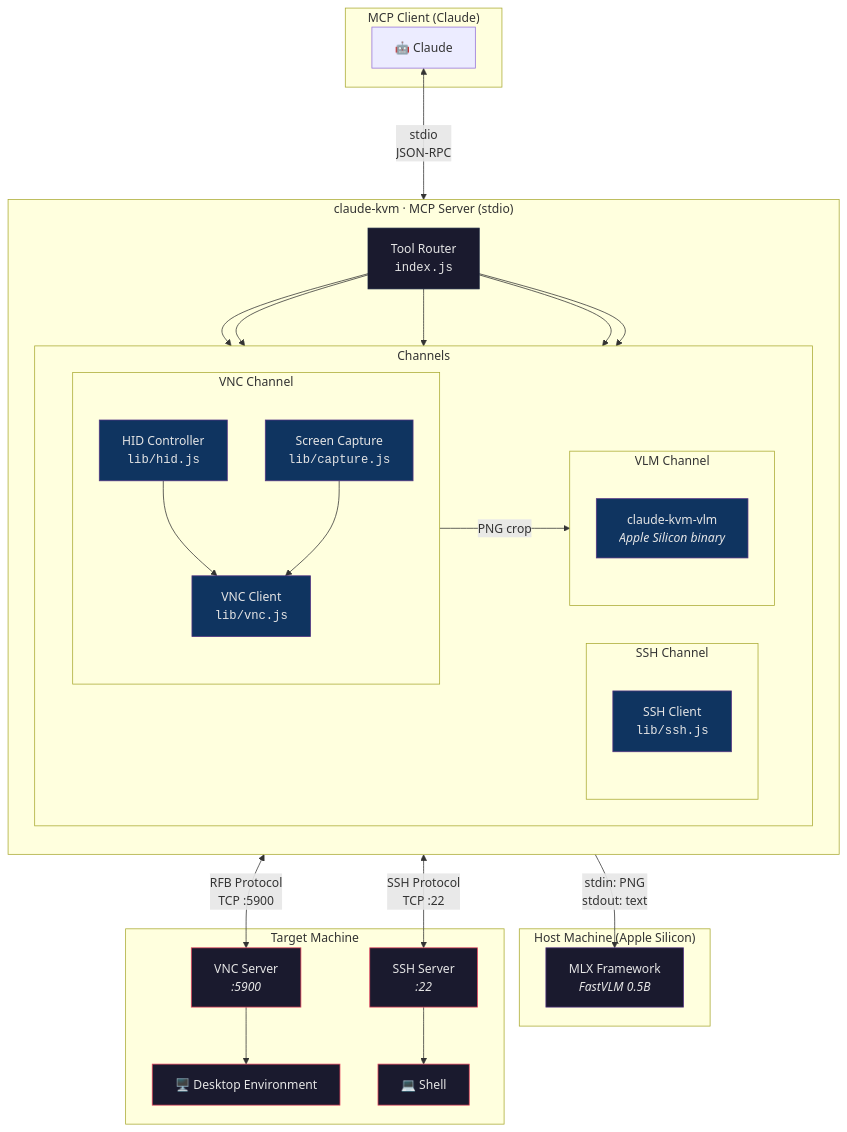
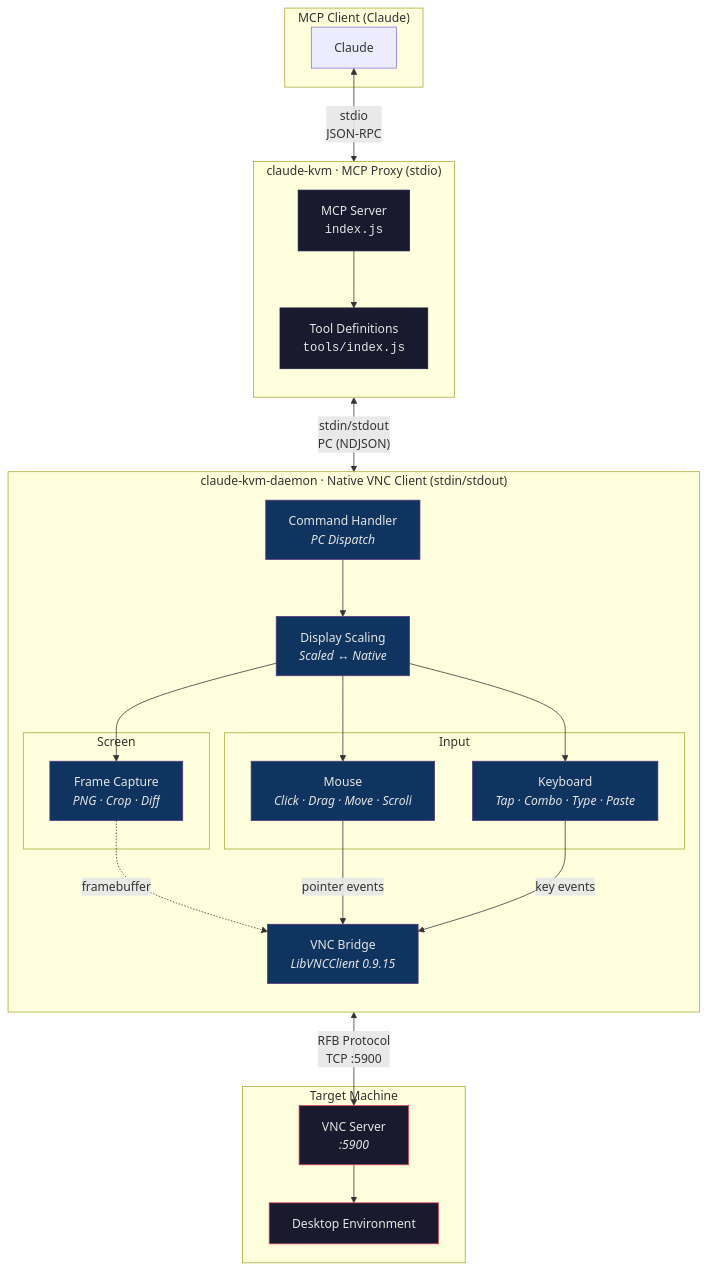
The diagram in README.md (ARAS-Workspace/claude-kvm), drawn with Mermaid before and after one commit. The commit also changed other lines of this file and 5 other files, not shown here.

````diff
--- a/README.md
+++ b/README.md
@@ -9,72 +7,56 @@
 ```mermaid
 graph TB
     subgraph MCP["MCP Client (Claude)"]
-        AI["🤖 Claude"]
+        AI["Claude"]
     end
 
-    subgraph Server["claude-kvm · MCP Server (stdio)"]
+    subgraph Proxy["claude-kvm · MCP Proxy (stdio)"]
         direction TB
-        Router["Tool Router<br/><code>index.js</code>"]
-
-        subgraph Channels["Channels"]
-            direction LR
-            subgraph VNC_Ch["VNC Channel"]
-                direction TB
-                VNC_Client["VNC Client<br/><code>lib/vnc.js</code>"]
-                HID["HID Controller<br/><code>lib/hid.js</code>"]
-                Capture["Screen Capture<br/><code>lib/capture.js</code>"]
-            end
-
-            subgraph SSH_Ch["SSH Channel"]
-                direction TB
-                SSH_Client["SSH Client<br/><code>lib/ssh.js</code>"]
-            end
-
-            subgraph VLM_Ch["VLM Channel"]
-                direction TB
-                VLM_Bin["claude-kvm-vlm<br/><i>Apple Silicon binary</i>"]
-            end
-        end
+        Server["MCP Server<br/><code>index.js</code>"]
+        Tools["Tool Definitions<br/><code>tools/index.js</code>"]
+        Server --> Tools
     end
 
-    subgraph Local["Host Machine (Apple Silicon)"]
-        MLX["MLX Framework<br/><i>FastVLM 0.5B</i>"]
+    subgraph Daemon["claude-kvm-daemon · Native VNC Client (stdin/stdout)"]
+        direction TB
+        CMD["Command Handler<br/><i>PC Dispatch</i>"]
+        Scale["Display Scaling<br/><i>Scaled ↔ Native</i>"]
+
+        subgraph Screen["Screen"]
+            Capture["Frame Capture<br/><i>PNG · Crop · Diff</i>"]
+        end
+
+        subgraph InputGroup["Input"]
+            Mouse["Mouse<br/><i>Click · Drag · Move · Scroll</i>"]
+            KB["Keyboard<br/><i>Tap · Combo · Type · Paste</i>"]
+        end
+
+        VNC["VNC Bridge<br/><i>LibVNCClient 0.9.15</i>"]
+
+        CMD --> Scale
+        Scale --> Capture
+        Scale --> Mouse
+        Scale --> KB
+        Capture -.->|"framebuffer"| VNC
+        Mouse -->|"pointer events"| VNC
+        KB -->|"key events"| VNC
     end
 
     subgraph Target["Target Machine"]
         VNC_Server["VNC Server<br/><i>:5900</i>"]
-        SSH_Server["SSH Server<br/><i>:22</i>"]
-
-        Desktop["🖥️ Desktop Environment"]
-        Shell["💻 Shell"]
+        Desktop["Desktop Environment"]
+        VNC_Server --> Desktop
     end
 
-    AI <--->|"stdio<br/>JSON-RPC"| Router
+    AI <-->|"stdio<br/>JSON-RPC"| Server
+    Server <-->|"stdin/stdout<br/>PC (NDJSON)"| CMD
+    VNC <-->|"RFB Protocol<br/>TCP :5900"| VNC_Server
 
-    Router --> VNC_Client
-    Router --> HID
-    Router --> Capture
-    Router --> SSH_Client
-    Router --> VLM_Bin
+    classDef proxy fill:#1a1a2e,stroke:#16213e,color:#e5e5e5
+    classDef daemon fill:#0f3460,stroke:#533483,color:#e5e5e5
+    classDef target fill:#1a1a2e,stroke:#e94560,color:#e5e5e5
 
-    VNC_Client <-->|"RFB Protocol<br/>TCP :5900"| VNC_Server
-    HID --> VNC_Client
-    Capture --> VNC_Client
-    Capture -->|"PNG crop"| VLM_Bin
-
-    SSH_Client <-->|"SSH Protocol<br/>TCP :22"| SSH_Server
-    VLM_Bin -->|"stdin: PNG<br/>stdout: text"| MLX
-
-    VNC_Server --> Desktop
-    SSH_Server --> Shell
-
-    classDef server fill:#1a1a2e,stroke:#16213e,color:#e5e5e5
-    classDef channel fill:#0f3460,stroke:#533483,color:#e5e5e5
-    classDef target fill:#1a1a2e,stroke:#e94560,color:#e5e5e5
-    classDef local fill:#1a1a2e,stroke:#533483,color:#e5e5e5
-
-    class Router server
-    class VNC_Client,HID,Capture,SSH_Client,VLM_Bin channel
-    class VNC_Server,SSH_Server,Desktop,Shell target
-    class MLX local
+    class Server,Tools proxy
+    class CMD,Scale,VNC,Capture,Mouse,KB daemon
+    class VNC_Server,Desktop target
 ```
````
